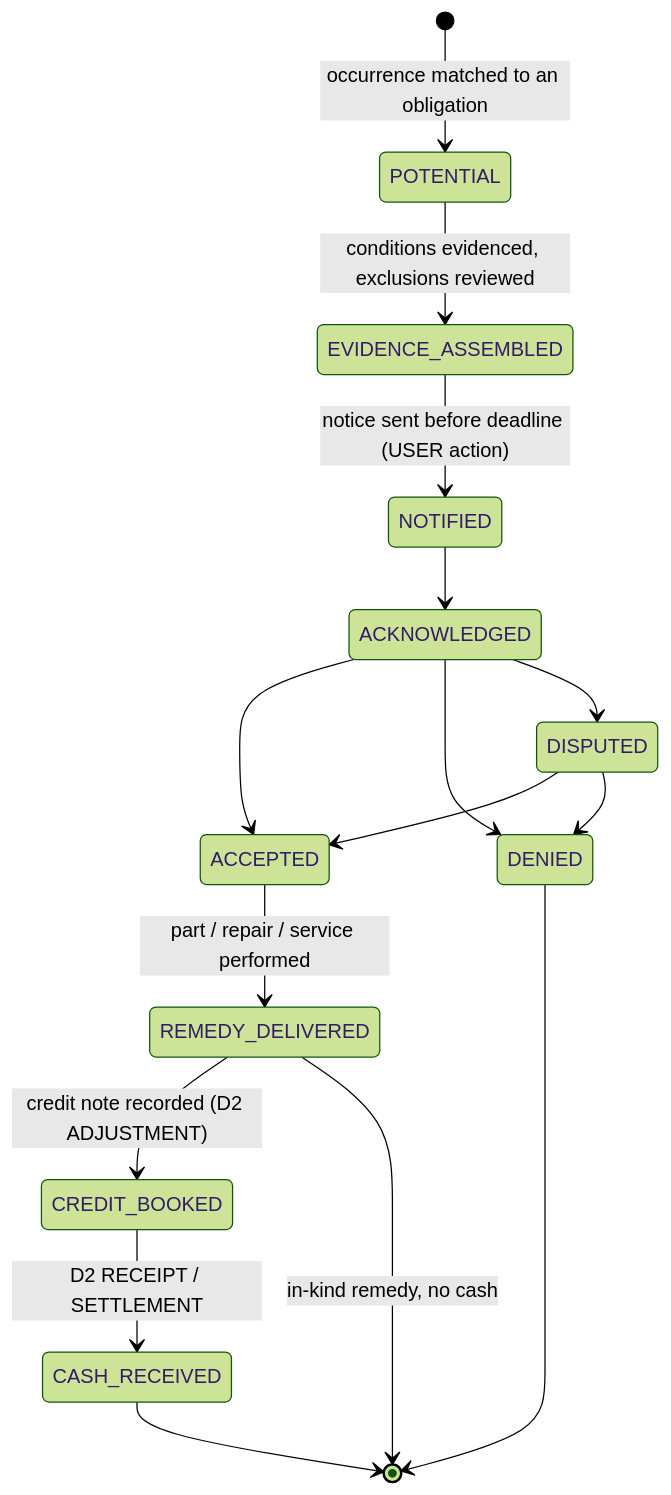
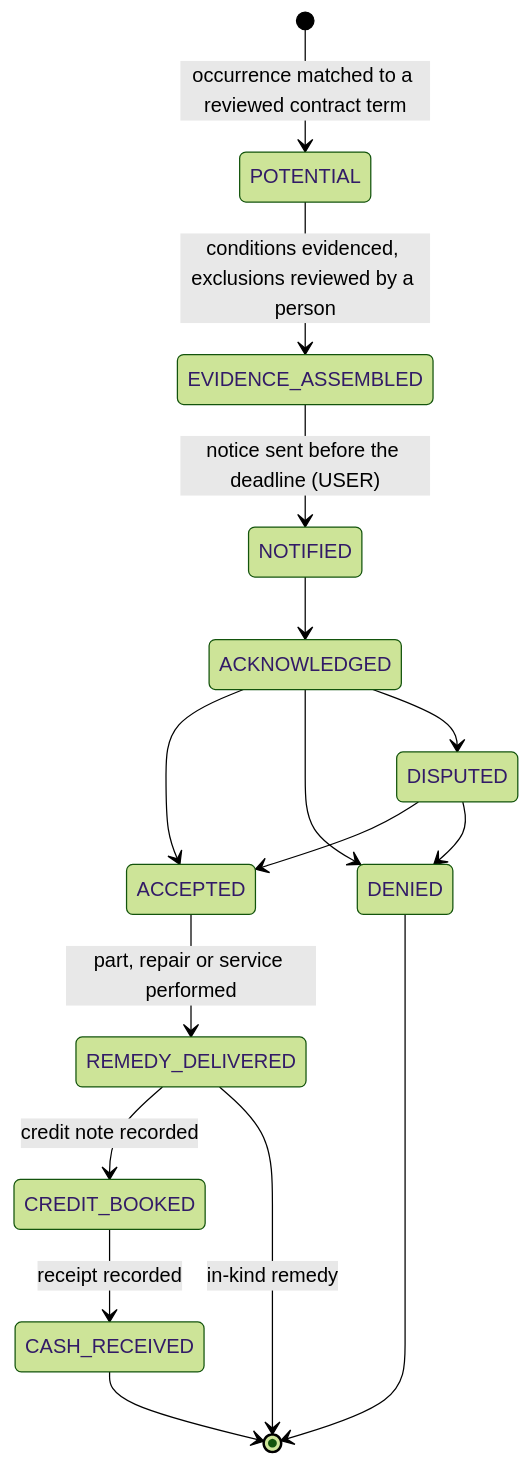
Before and after one commit to bineyame/AssetOpsV1: the third of 3 diagrams in Docs/demo-sprint/product-direction-layer4/domain-and-decision-models.md, drawn with Mermaid (forest theme). The commit also changed other lines of this file and 148 other files, not shown here.

````diff
--- a/Docs/demo-sprint/product-direction-layer4/domain-and-decision-models.md
+++ b/Docs/demo-sprint/product-direction-layer4/domain-and-decision-models.md
@@ -695,18 +567,18 @@
 ```mermaid
 stateDiagram-v2
-    [*] --> POTENTIAL: occurrence matched to an obligation
-    POTENTIAL --> EVIDENCE_ASSEMBLED: conditions evidenced, exclusions reviewed
-    EVIDENCE_ASSEMBLED --> NOTIFIED: notice sent before deadline (USER action)
+    [*] --> POTENTIAL: occurrence matched to a reviewed contract term
+    POTENTIAL --> EVIDENCE_ASSEMBLED: conditions evidenced, exclusions reviewed by a person
+    EVIDENCE_ASSEMBLED --> NOTIFIED: notice sent before the deadline (USER)
     NOTIFIED --> ACKNOWLEDGED
     ACKNOWLEDGED --> ACCEPTED
     ACKNOWLEDGED --> DENIED
     ACKNOWLEDGED --> DISPUTED
     DISPUTED --> ACCEPTED
     DISPUTED --> DENIED
-    ACCEPTED --> REMEDY_DELIVERED: part / repair / service performed
-    REMEDY_DELIVERED --> CREDIT_BOOKED: credit note recorded (D2 ADJUSTMENT)
-    CREDIT_BOOKED --> CASH_RECEIVED: D2 RECEIPT / SETTLEMENT
-    REMEDY_DELIVERED --> [*]: in-kind remedy, no cash
+    ACCEPTED --> REMEDY_DELIVERED: part, repair or service performed
+    REMEDY_DELIVERED --> CREDIT_BOOKED: credit note recorded
+    CREDIT_BOOKED --> CASH_RECEIVED: receipt recorded
+    REMEDY_DELIVERED --> [*]: in-kind remedy
     DENIED --> [*]
     CASH_RECEIVED --> [*]
 ```
````
